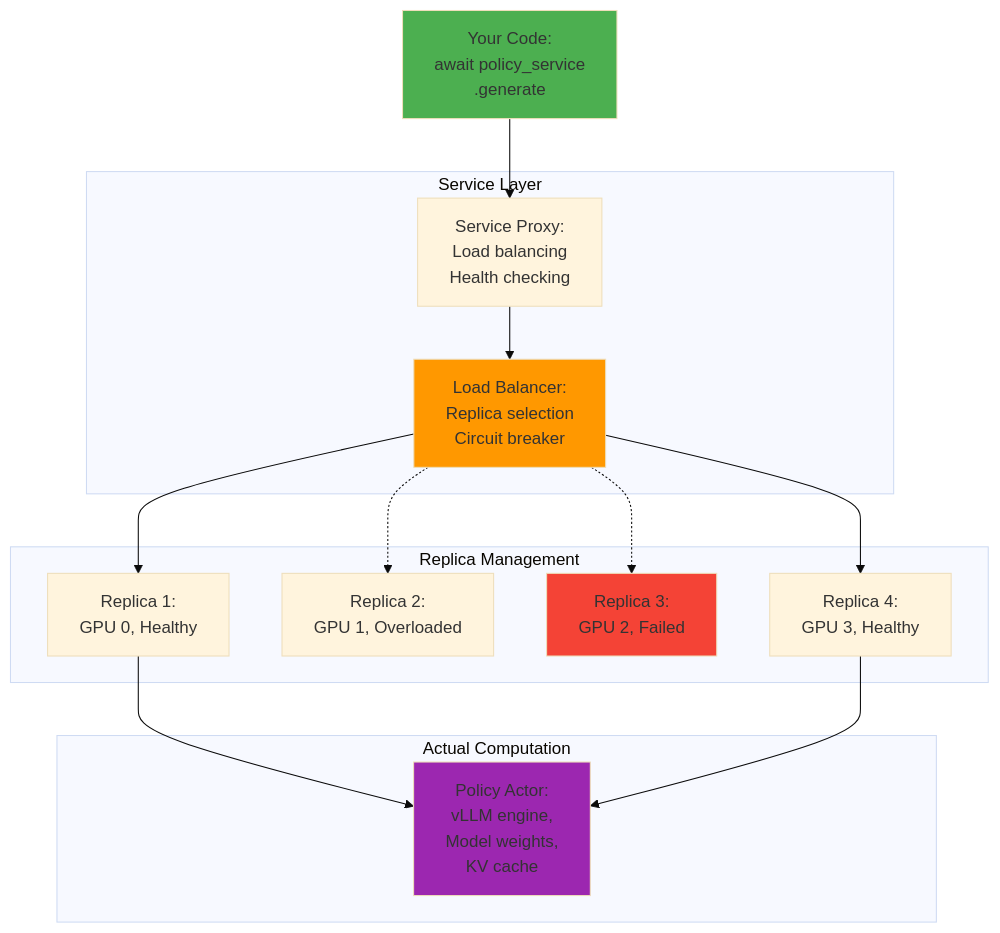
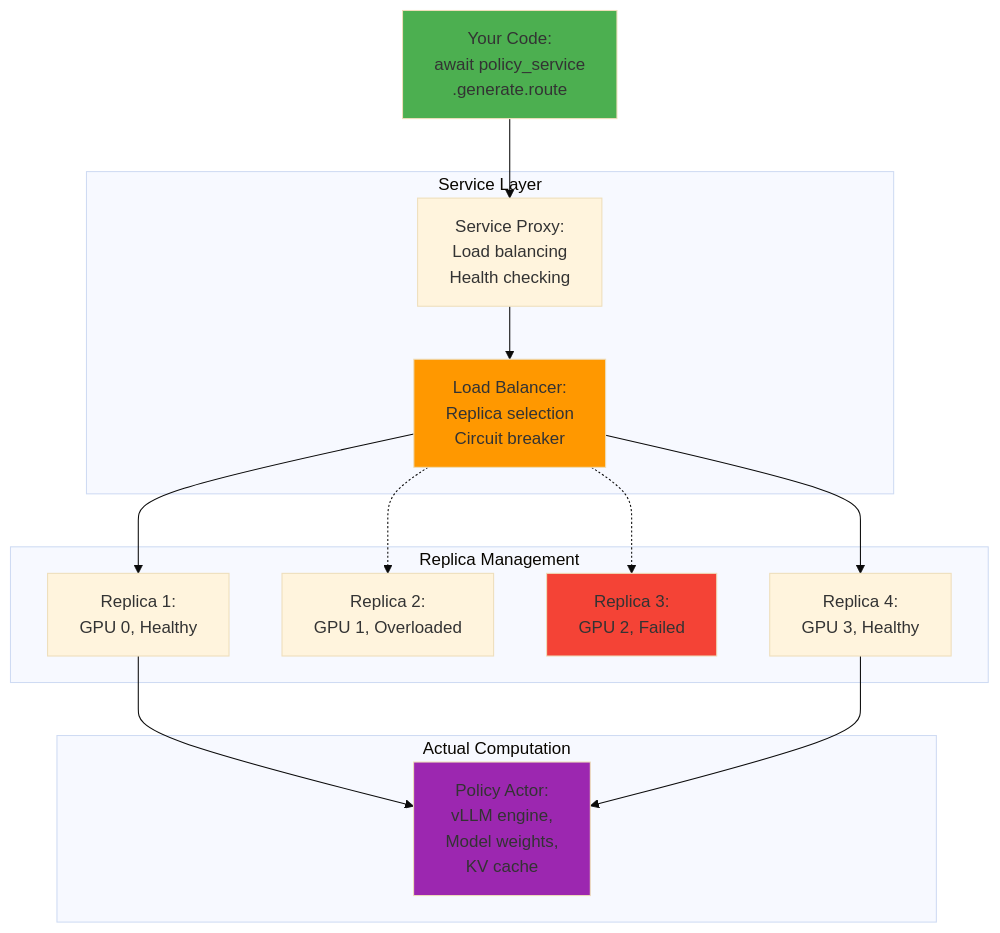
The first of 2 diagrams in docs/source/tutorial_sources/zero-to-forge/2_Forge_Internals.md (meta-pytorch/torchforge), drawn with Mermaid (base theme) before and after one commit.

````diff
--- a/docs/source/tutorial_sources/zero-to-forge/2_Forge_Internals.md
+++ b/docs/source/tutorial_sources/zero-to-forge/2_Forge_Internals.md
@@ -13,47 +13,47 @@
 ```mermaid
 graph TD
     Call["Your Code:
     await policy_service
-    .generate"]
+    .generate.route"]
 
     subgraph ServiceLayer["Service Layer"]
         Proxy["Service Proxy:
         Load balancing
         Health checking"]
         LB["Load Balancer:
         Replica selection
         Circuit breaker"]
     end
 
     subgraph Replicas["Replica Management"]
         R1["Replica 1:
         GPU 0, Healthy"]
         R2["Replica 2:
         GPU 1, Overloaded"]
         R3["Replica 3:
         GPU 2, Failed"]
         R4["Replica 4:
         GPU 3, Healthy"]
     end
 
     subgraph Compute["Actual Computation"]
         Actor["Policy Actor:
         vLLM engine,
         Model weights,
         KV cache"]
     end
 
     Call --> Proxy
     Proxy --> LB
     LB --> R1
     LB -.-> R2
     LB -.-> R3
     LB --> R4
     R1 --> Actor
     R4 --> Actor
 
     style Call fill:#4CAF50
     style LB fill:#FF9800
     style R3 fill:#F44336
     style Actor fill:#9C27B0
 ```
````
